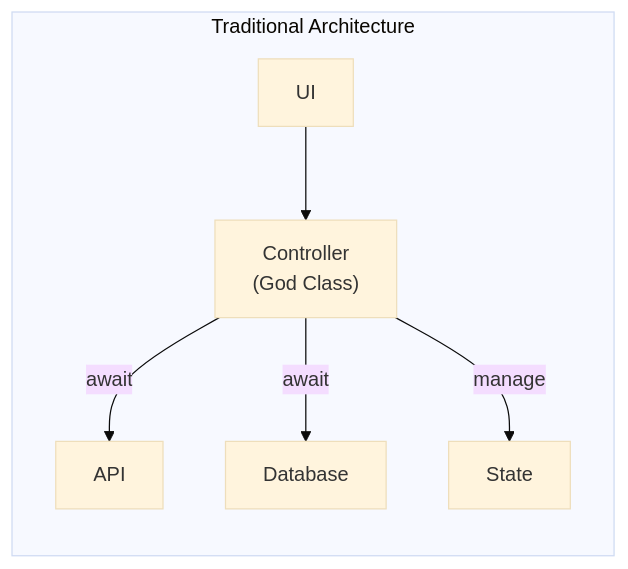
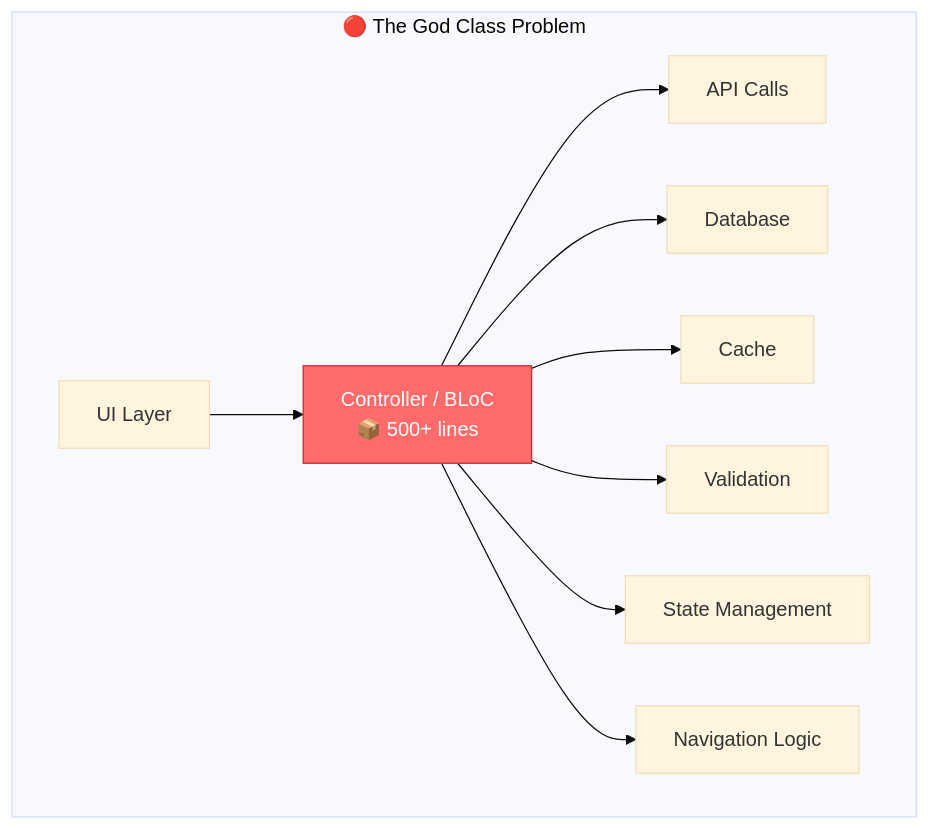
The first of 6 diagrams in book/chapters/01_the_pain.md (lploc94/flutter_orchestrator), drawn with Mermaid (base theme) before and after one commit. The commit also changed other lines of this file and 7 other files, not shown here.

First line of the commit message:
refactor(book): restructure with philosophy focus and mermaid diagrams

````diff
--- a/book/chapters/01_the_pain.md
+++ b/book/chapters/01_the_pain.md
@@ -17,9 +11,14 @@
 ```mermaid
-flowchart LR
-    subgraph Problem["Traditional Architecture"]
-        UI1[UI] --> Controller["Controller<br/>(God Class)"]
-        Controller --> |await| API[API]
-        Controller --> |await| DB[Database]
-        Controller --> |manage| State1[State]
+graph TB
+    subgraph GodClass["🔴 The God Class Problem"]
+        UI["UI Layer"] --> Controller["Controller / BLoC<br/>📦 500+ lines"]
+        Controller --> API["API Calls"]
+        Controller --> DB["Database"]
+        Controller --> Cache["Cache"]
+        Controller --> Validation["Validation"]
+        Controller --> State["State Management"]
+        Controller --> Navigation["Navigation Logic"]
     end
+    
+    style Controller fill:#ff6b6b,stroke:#c92a2a,color:#fff
 ```
````
